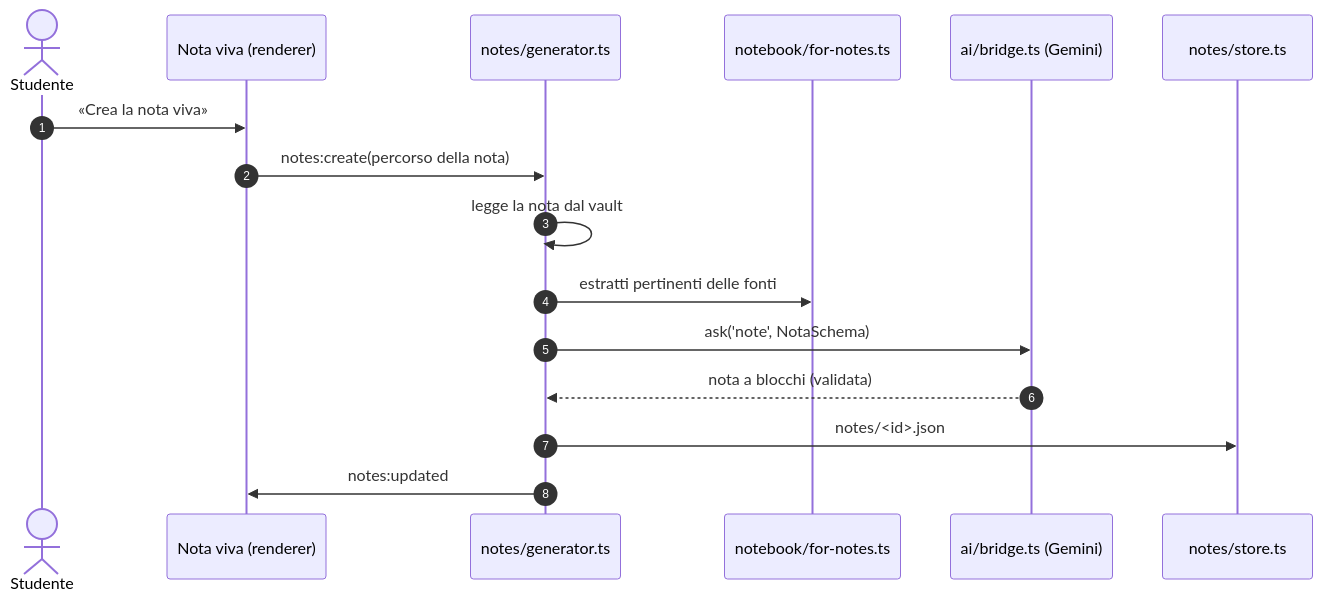
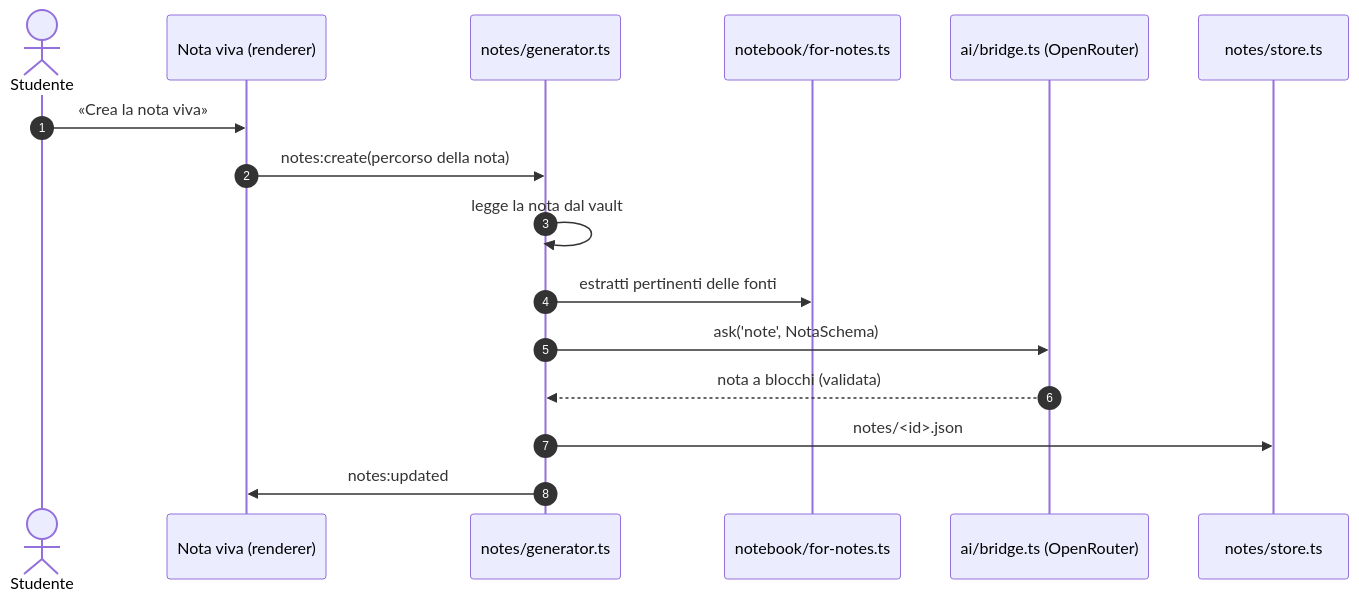
Before and after one commit to andrevvuuuu/sinapsi: the third of 6 diagrams in docs/ARCHITECTURE.md, drawn with Mermaid. The commit also changed other lines of this file and 4 other files, not shown here.

Commit message:
docs: update documentation for OpenRouter API and generalization

````diff
--- a/docs/ARCHITECTURE.md
+++ b/docs/ARCHITECTURE.md
@@ -431,19 +424,19 @@
 ```mermaid
 sequenceDiagram
     autonumber
     actor Studente
     participant UI as Nota viva (renderer)
     participant Gen as notes/generator.ts
     participant NB as notebook/for-notes.ts
-    participant AI as ai/bridge.ts (Gemini)
+    participant AI as ai/bridge.ts (OpenRouter)
     participant Store as notes/store.ts
 
     Studente->>UI: «Crea la nota viva»
     UI->>Gen: notes:create(percorso della nota)
     Gen->>Gen: legge la nota dal vault
     Gen->>NB: estratti pertinenti delle fonti
     Gen->>AI: ask('note', NotaSchema)
     AI-->>Gen: nota a blocchi (validata)
     Gen->>Store: notes/<id>.json
     Gen->>UI: notes:updated
 ```
````
